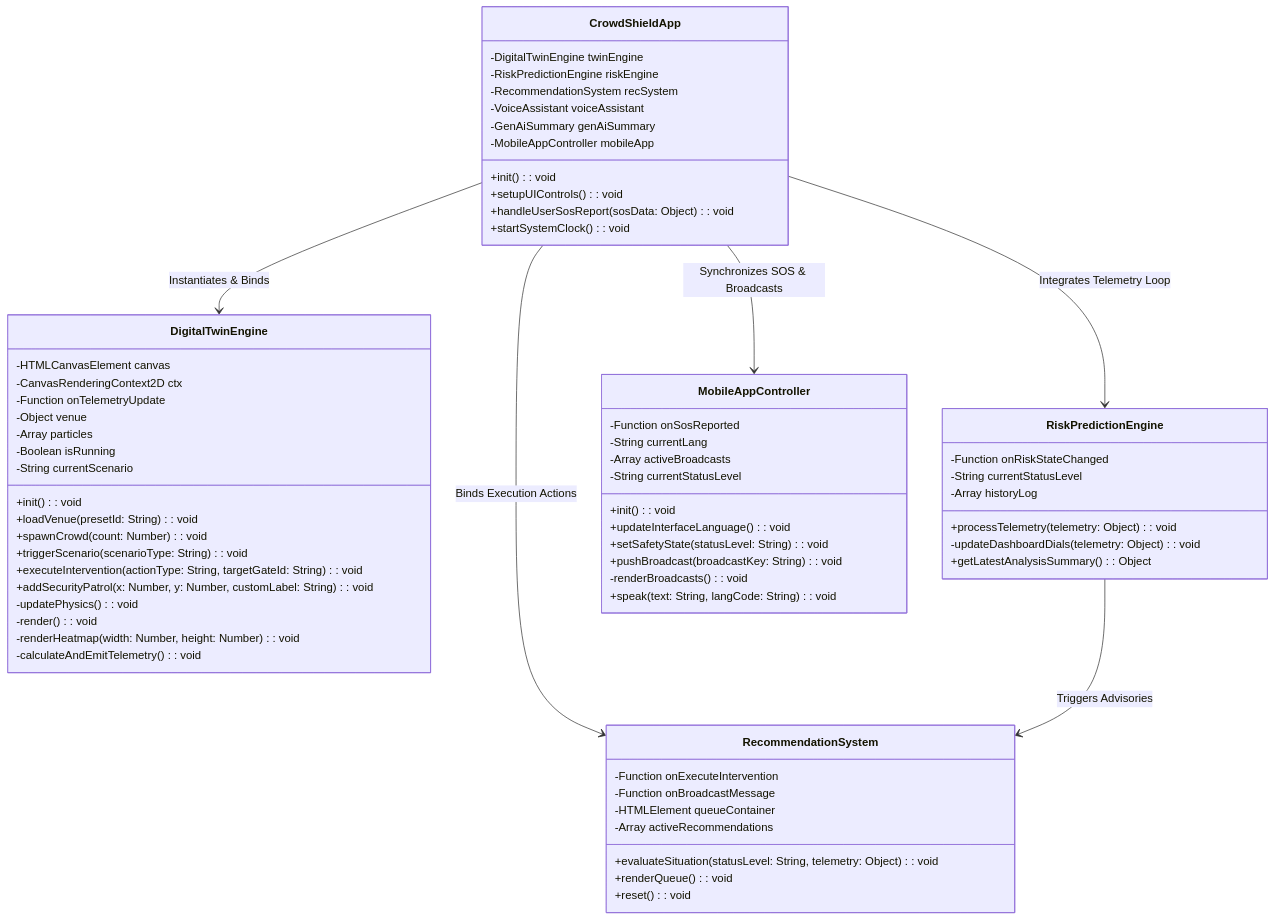
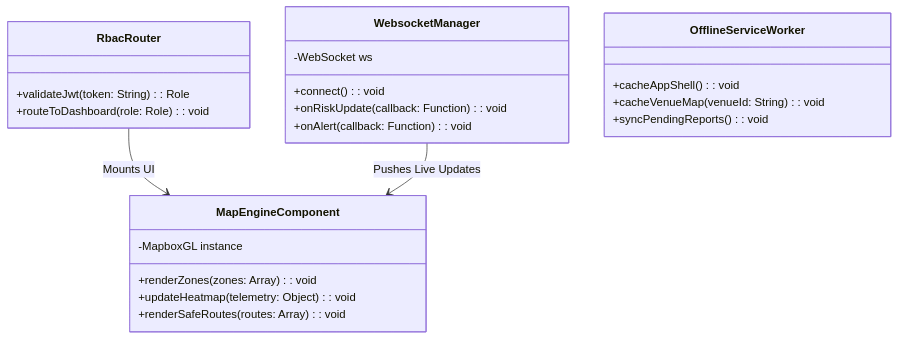
One commit to algorithnicmind/crowdcatchup changed the second of 3 diagrams in docs/04_LLD.md. Above: the diagram before and after it, drawn with Mermaid. The commit also changed other lines of this file and 11 other files, not shown here.

First line of the commit message:
docs: Refactor architecture to monorepo PWA v2.0

````diff
--- a/docs/04_LLD.md
+++ b/docs/04_LLD.md
@@ -11,73 +56,30 @@
 ```mermaid
 classDiagram
-    class CrowdShieldApp {
-        -DigitalTwinEngine twinEngine
-        -RiskPredictionEngine riskEngine
-        -RecommendationSystem recSystem
-        -VoiceAssistant voiceAssistant
-        -GenAiSummary genAiSummary
-        -MobileAppController mobileApp
-        +init(): void
-        +setupUIControls(): void
-        +handleUserSosReport(sosData: Object): void
-        +startSystemClock(): void
+    class RbacRouter {
+        +validateJwt(token: String): Role
+        +routeToDashboard(role: Role): void
     }
 
-    class DigitalTwinEngine {
-        -HTMLCanvasElement canvas
-        -CanvasRenderingContext2D ctx
-        -Function onTelemetryUpdate
-        -Object venue
-        -Array particles
-        -Boolean isRunning
-        -String currentScenario
-        +init(): void
-        +loadVenue(presetId: String): void
-        +spawnCrowd(count: Number): void
-        +triggerScenario(scenarioType: String): void
-        +executeIntervention(actionType: String, targetGateId: String): void
-        +addSecurityPatrol(x: Number, y: Number, customLabel: String): void
-        -updatePhysics(): void
-        -render(): void
-        -renderHeatmap(width: Number, height: Number): void
-        -calculateAndEmitTelemetry(): void
+    class MapEngineComponent {
+        -MapboxGL instance
+        +renderZones(zones: Array): void
+        +updateHeatmap(telemetry: Object): void
+        +renderSafeRoutes(routes: Array): void
     }
 
-    class RiskPredictionEngine {
-        -Function onRiskStateChanged
-        -String currentStatusLevel
-        -Array historyLog
-        +processTelemetry(telemetry: Object): void
-        -updateDashboardDials(telemetry: Object): void
-        +getLatestAnalysisSummary(): Object
+    class WebsocketManager {
+        -WebSocket ws
+        +connect(): void
+        +onRiskUpdate(callback: Function): void
+        +onAlert(callback: Function): void
     }
 
-    class RecommendationSystem {
-        -Function onExecuteIntervention
-        -Function onBroadcastMessage
-        -HTMLElement queueContainer
-        -Array activeRecommendations
-        +evaluateSituation(statusLevel: String, telemetry: Object): void
-        +renderQueue(): void
-        +reset(): void
+    class OfflineServiceWorker {
+        +cacheAppShell(): void
+        +cacheVenueMap(venueId: String): void
+        +syncPendingReports(): void
     }
 
-    class MobileAppController {
-        -Function onSosReported
-        -String currentLang
-        -Array activeBroadcasts
-        -String currentStatusLevel
-        +init(): void
-        +updateInterfaceLanguage(): void
-        +setSafetyState(statusLevel: String): void
-        +pushBroadcast(broadcastKey: String): void
-        -renderBroadcasts(): void
-        +speak(text: String, langCode: String): void
-    }
-
-    CrowdShieldApp --> DigitalTwinEngine : Instantiates & Binds
-    CrowdShieldApp --> RiskPredictionEngine : Integrates Telemetry Loop
-    CrowdShieldApp --> RecommendationSystem : Binds Execution Actions
-    CrowdShieldApp --> MobileAppController : Synchronizes SOS & Broadcasts
-    RiskPredictionEngine --> RecommendationSystem : Triggers Advisories
+    RbacRouter --> MapEngineComponent : Mounts UI
+    WebsocketManager --> MapEngineComponent : Pushes Live Updates
 ```
````
